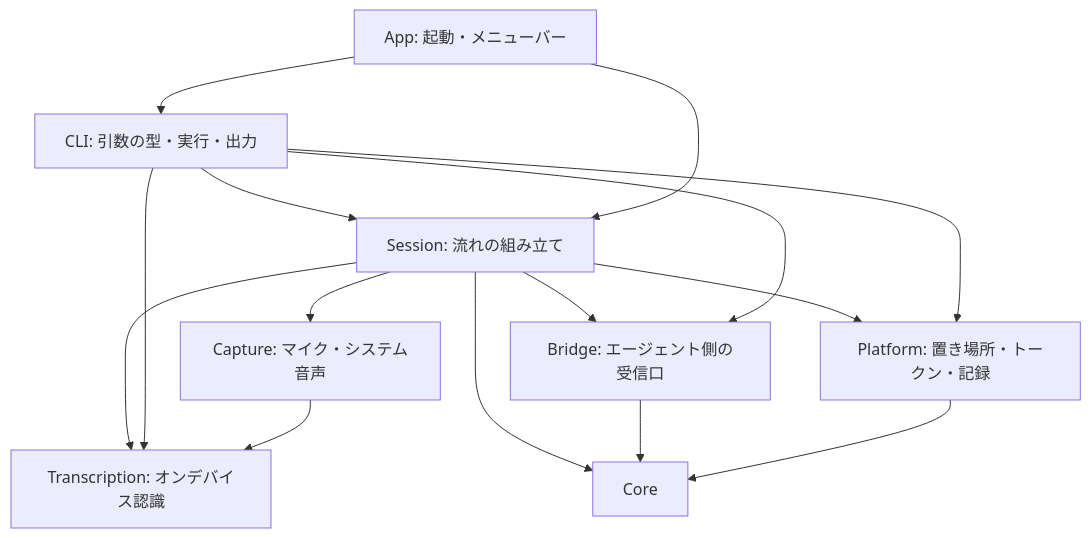
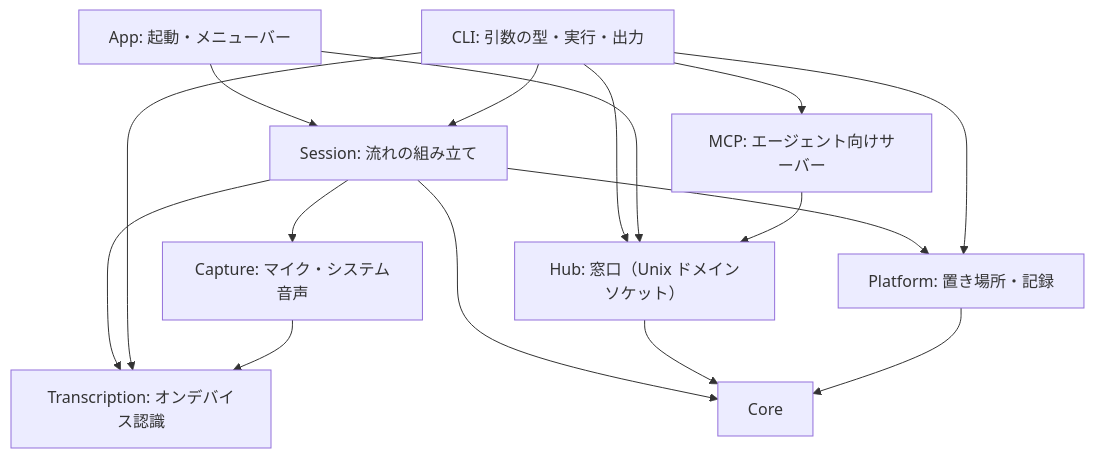
The diagram in docs/architecture.md (takemo101/meeting-analyzer), drawn with Mermaid before and after one commit. The commit also changed other lines of this file and 36 other files, not shown here.

Commit message:
feat: live-support への依存をやめ、窓口（Unix ドメインソケット）とエージェント向け MCP サーバー（get_events / --channel）を内蔵。パイプラインを同期化、E2E を窓口と MCP で書き直す

````diff
--- a/docs/architecture.md
+++ b/docs/architecture.md
@@ -20,17 +20,18 @@
 ```mermaid
 flowchart TD
-    App[App: 起動・メニューバー] --> CLI
+    App[App: 起動・メニューバー] --> Session
     CLI[CLI: 引数の型・実行・出力] --> Session
-    App --> Session
+    CLI --> MCP[MCP: エージェント向けサーバー]
+    CLI --> Hub
+    App --> Hub
     Session[Session: 流れの組み立て] --> Transcription[Transcription: オンデバイス認識]
     Session --> Capture[Capture: マイク・システム音声]
-    Session --> Bridge[Bridge: エージェント側の受信口]
-    Session --> Platform[Platform: 置き場所・トークン・記録]
+    Session --> Platform[Platform: 置き場所・記録]
     Session --> Core
+    MCP --> Hub[Hub: 窓口（Unix ドメインソケット）]
     CLI --> Transcription
-    CLI --> Bridge
     CLI --> Platform
     Capture --> Transcription
-    Bridge --> Core
+    Hub --> Core
     Platform --> Core
 ```
````
